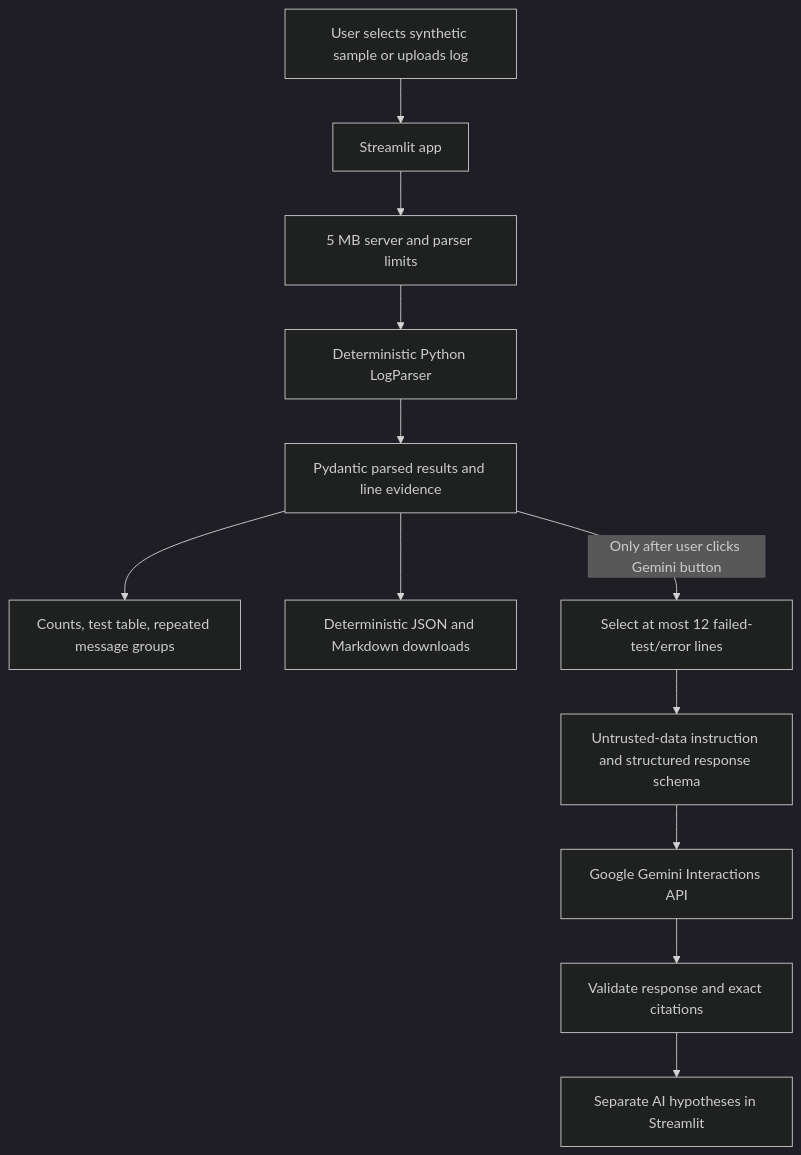
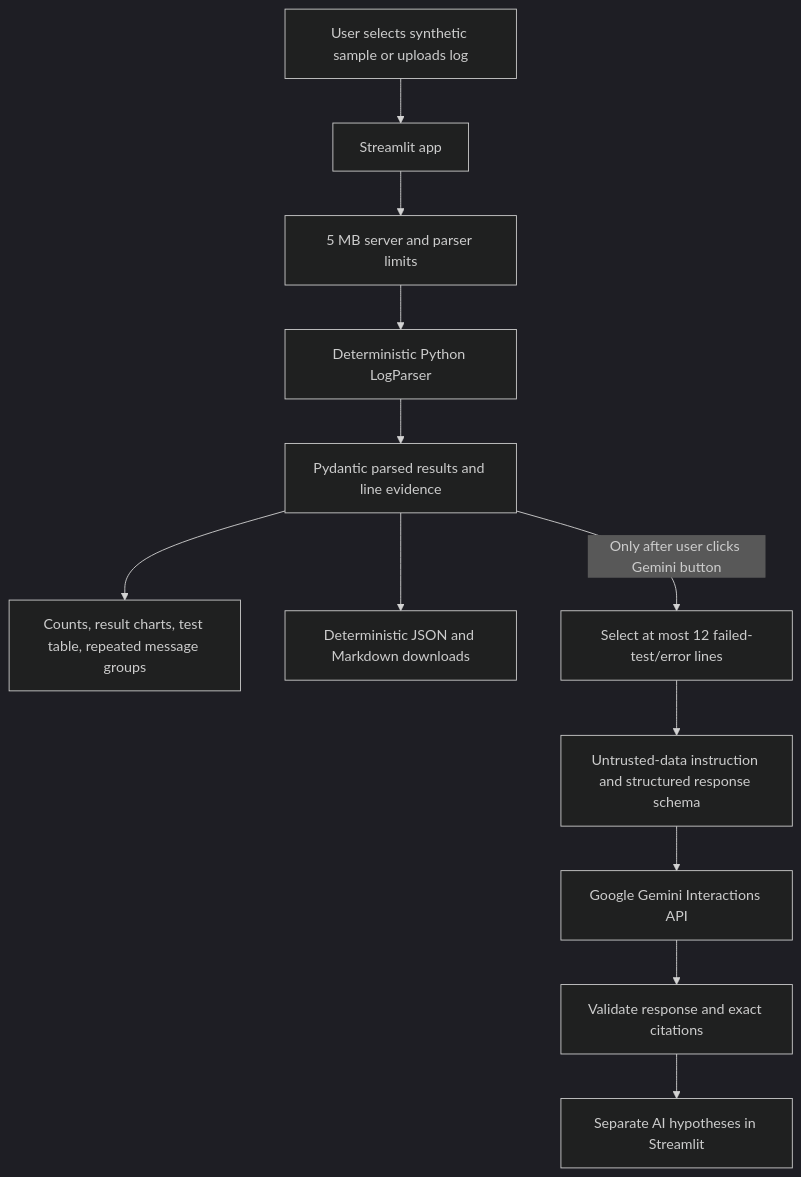
One commit to bhargabdeka-deka/RegressAI changed the diagram in README.md. Above: the diagram before and after it, drawn with Mermaid (dark theme). The commit also changed other lines of this file and 3 other files, not shown here.

Commit message:
Add colored analysis charts and update Gemini model

````diff
--- a/README.md
+++ b/README.md
@@ -42,14 +44,14 @@
 ```mermaid
 flowchart TD
     U[User selects synthetic sample or uploads log] --> UI[Streamlit app]
     UI --> LIMIT[5 MB server and parser limits]
     LIMIT --> PARSER[Deterministic Python LogParser]
     PARSER --> DATA[Pydantic parsed results and line evidence]
-    DATA --> DASH[Counts, test table, repeated message groups]
+    DATA --> DASH[Counts, result charts, test table, repeated message groups]
     DATA --> REPORTS[Deterministic JSON and Markdown downloads]
     DATA -->|Only after user clicks Gemini button| SELECT[Select at most 12 failed-test/error lines]
     SELECT --> PROMPT[Untrusted-data instruction and structured response schema]
     PROMPT --> API[Google Gemini Interactions API]
     API --> VALIDATE[Validate response and exact citations]
     VALIDATE --> AI[Separate AI hypotheses in Streamlit]
 ```
````
